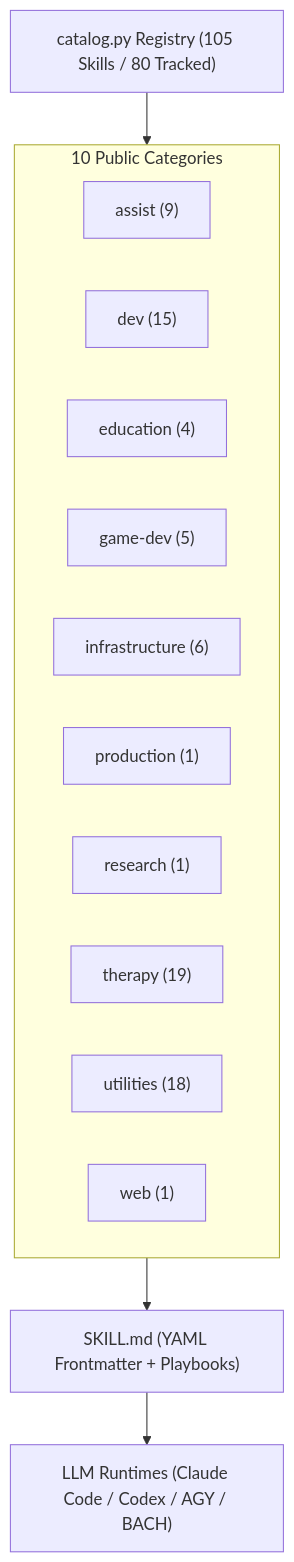
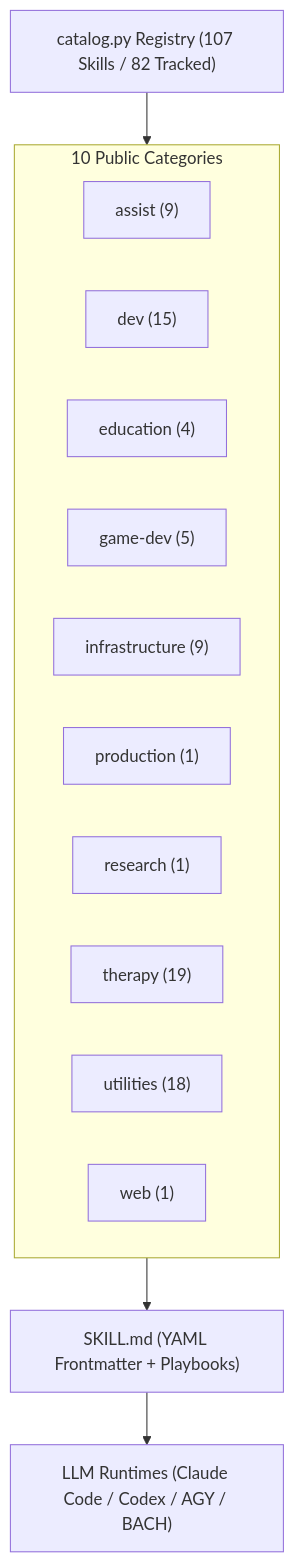
Before and after one commit to ellmos-ai/skills: the diagram in README.md, drawn with Mermaid. The commit also changed other lines of this file and 18 other files, not shown here.

````diff
--- a/README.md
+++ b/README.md
@@ -31,18 +31,18 @@
 ```mermaid
 flowchart TD
-    Catalog["catalog.py Registry (105 Skills / 80 Tracked)"] --> Categories
+    Catalog["catalog.py Registry (107 Skills / 82 Tracked)"] --> Categories
     subgraph Categories ["10 Public Categories"]
         Assist["assist (9)"]
         Dev["dev (15)"]
         Edu["education (4)"]
         Game["game-dev (5)"]
-        Infra["infrastructure (6)"]
+        Infra["infrastructure (9)"]
         Prod["production (1)"]
         Res["research (1)"]
         Therapy["therapy (19)"]
         Utils["utilities (18)"]
         Web["web (1)"]
     end
     Categories --> Specs["SKILL.md (YAML Frontmatter + Playbooks)"]
     Specs --> Runtimes["LLM Runtimes (Claude Code / Codex / AGY / BACH)"]
 ```
````
